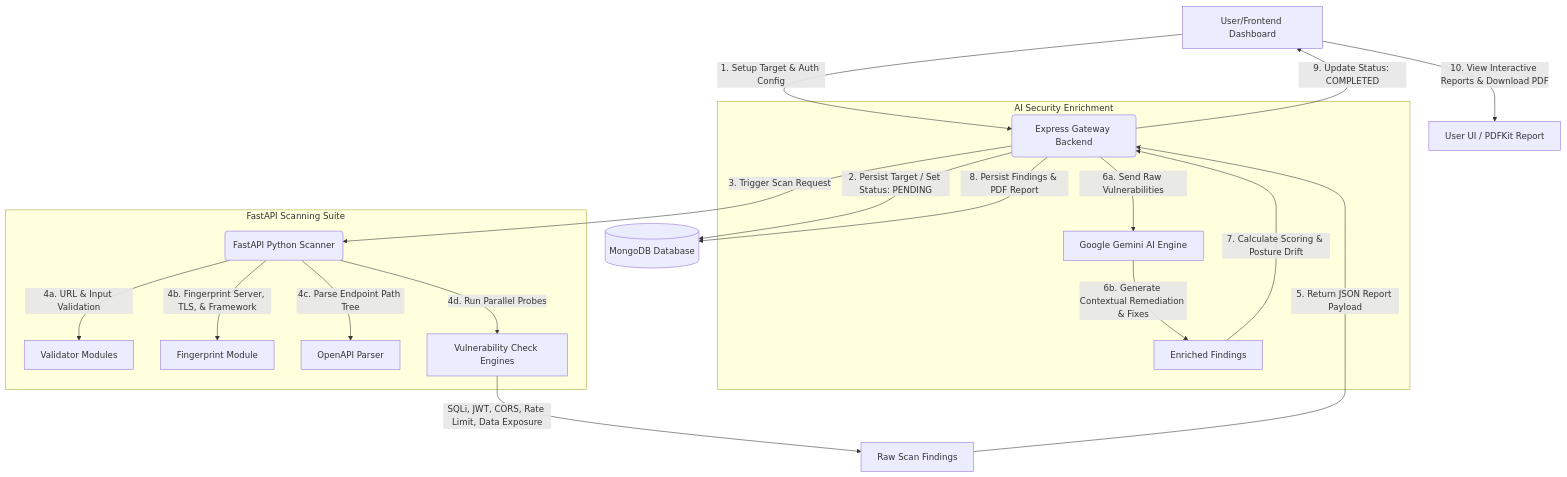
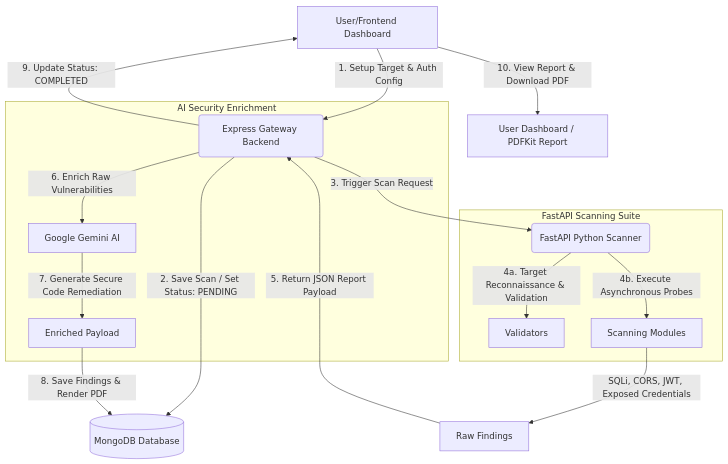
Before and after one commit to pradeep-git-dev/API-Security-Scanner: the diagram in README.md, drawn with Mermaid. The commit also changed other lines of this file and 1 other file, not shown here.

````diff
--- a/README.md
+++ b/README.md
@@ -42,26 +192,23 @@
 ```mermaid
 graph TD
     A["User/Frontend Dashboard"] -->|1. Setup Target & Auth Config| B("Express Gateway Backend")
-    B -->|2. Persist Target / Set Status: PENDING| C[("MongoDB Database")]
+    B -->|2. Save Scan / Set Status: PENDING| C[("MongoDB Database")]
     B -->|3. Trigger Scan Request| D("FastAPI Python Scanner")
     
     subgraph FastAPI Scanning Suite
-        D -->|4a. URL & Input Validation| E["Validator Modules"]
-        D -->|4b. Fingerprint Server, TLS, & Framework| F["Fingerprint Module"]
-        D -->|4c. Parse Endpoint Path Tree| G["OpenAPI Parser"]
-        D -->|4d. Run Parallel Probes| H["Vulnerability Check Engines"]
+        D -->|4a. Target Reconnaissance & Validation| E["Validators"]
+        D -->|4b. Execute Asynchronous Probes| F["Scanning Modules"]
     end
     
-    H -->|SQLi, JWT, CORS, Rate Limit, Data Exposure| I["Raw Scan Findings"]
-    I -->|5. Return JSON Report Payload| B
+    F -->|SQLi, CORS, JWT, Exposed Credentials| G["Raw Findings"]
+    G -->|5. Return JSON Report Payload| B
     
     subgraph AI Security Enrichment
-        B -->|6a. Send Raw Vulnerabilities| J["Google Gemini AI Engine"]
-        J -->|6b. Generate Contextual Remediation & Fixes| K["Enriched Findings"]
+        B -->|6. Enrich Raw Vulnerabilities| H["Google Gemini AI"]
+        H -->|7. Generate Secure Code Remediation| I["Enriched Payload"]
     end
     
-    K -->|7. Calculate Scoring & Posture Drift| B
-    B -->|8. Persist Findings & PDF Report| C
+    I -->|8. Save Findings & Render PDF| C
     B -->|9. Update Status: COMPLETED| A
-    A -->|10. View Interactive Reports & Download PDF| L["User UI / PDFKit Report"]
+    A -->|10. View Report & Download PDF| J["User Dashboard / PDFKit Report"]
 ```
````
